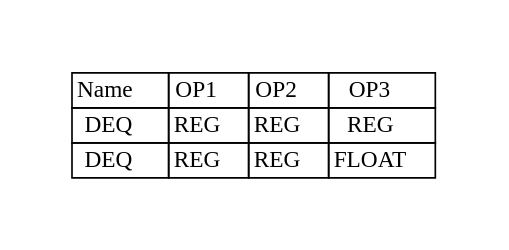
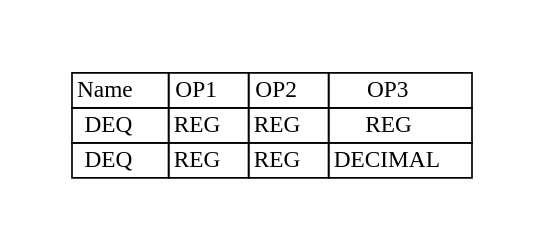
Before and after one commit to adesutherland/CREXX: the diagram in docs/books/crexx_vm_spec/svg/deq.gv, drawn with Graphviz. The commit also changed 103 other files, not shown here.

```diff
--- a/docs/books/crexx_vm_spec/svg/deq.gv
+++ b/docs/books/crexx_vm_spec/svg/deq.gv
@@ -1,10 +1,10 @@
 digraph{
 graph [pad="0.5", nodesep="0.5", ranksep="2" ]
 node [shape=plain]
 Foo [label=<
 <table border="0" cellborder="1" cellspacing="0">
 <tr><td> Name </td> <td> OP1 </td><td> OP2 </td><td> OP3 </td> </tr>
 <tr><td> DEQ </td><td> REG </td><td> REG </td><td> REG </td> </tr>
-<tr><td> DEQ </td><td> REG </td><td> REG </td><td> FLOAT </td> </tr>
+<tr><td> DEQ </td><td> REG </td><td> REG </td><td> DECIMAL </td> </tr>
 </table>>];
 }
```
